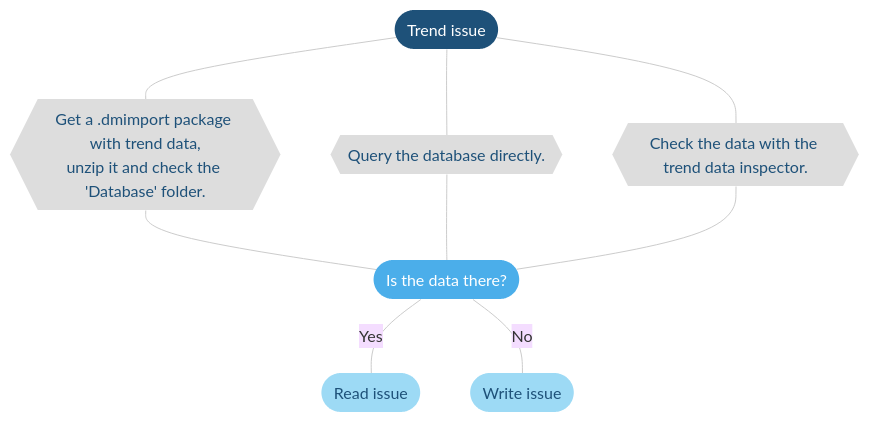
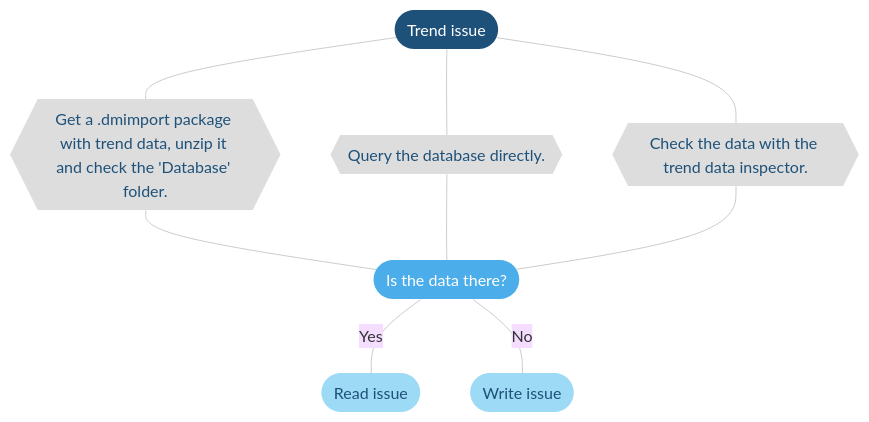
The first of 3 diagrams in user-guide/Troubleshooting/Troubleshooting_Flowcharts/Troubleshooting_Trending.md (SkylineCommunications/dataminer-docs), drawn with Mermaid (base theme) before and after one commit. The commit also changed other lines of this file and 8 other files, not shown here.

````diff
--- a/user-guide/Troubleshooting/Troubleshooting_Flowcharts/Troubleshooting_Trending.md
+++ b/user-guide/Troubleshooting/Troubleshooting_Flowcharts/Troubleshooting_Trending.md
@@ -17,40 +17,40 @@
 ```mermaid
 flowchart TD
 %% Define styles %%
 linkStyle default stroke:#cccccc
 classDef classTerminal fill:#1e5179,stroke:#1e5179,color:#ffffff,stroke-width:0px;
 classDef classDecision fill:#4baeea,stroke:#4baeea,color:#ffffff,stroke-width:0px;
 classDef classExternalRef fill:#9ddaf5,stroke:#9ddaf5,color:#1E5179,stroke-width:0px;
 classDef classActionClickable fill:#999999,stroke:#999999,color:#ffffff,stroke-width:0px;
 classDef classAction fill:#dddddd,stroke:#dddddd,color:#1E5179,stroke-width:0px;
 classDef classSolution fill:#58595b,stroke:#58595b,color:#ffffff,stroke-width:0px;
 %% Define blocks %%
 START([Trend issue])
-GetDELT{{Get a .dmimport package with trend data,\nunzip it and check the 'Database' folder.}}
+GetDELT{{Get a .dmimport package with trend data, unzip it and check the 'Database' folder.}}
 TrendDataInspector{{"Check the data with the trend data inspector."}}
 QueryDatabase{{Query the database directly.}}
 DataPresent([Is the data there?])
 ReadIssue([Read issue])
 WriteIssue([Write issue])
 %% Connect blocks %%
 START --- GetDELT
 START --- TrendDataInspector
 START --- QueryDatabase
 GetDELT --- DataPresent
 QueryDatabase --- DataPresent
 TrendDataInspector --- DataPresent
 DataPresent --- |Yes|ReadIssue
 DataPresent --- |No|WriteIssue
 %% Define hyperlinks %%
 click TrendDataInspector "/user-guide/Reference/DataMiner_Tools/SLNetClientTest_tool/SLNetClientTest_tool_diagnostic_procedures/SLNetClientTest_trend_data_inspector.html"
 click ReadIssue "#read-issue" "Trending"
 click WriteIssue "#write-issue" "Trending"
 %% Apply styles to blocks %%
 class START classTerminal;
 class AlarmConsole,Surveyor,Apps,Trending classExternalRef;
 %%class classActionClickable;
 class GetDELT,TrendDataInspector,QueryDatabase,FollowCTT,ReadIssueChecks,ClientExport,WriteIssueActionLogging,WriteIssueActionDBXML,WriteIssueActionTrendTemplate,WriteIssueActionParameter classAction;
 class DataPresent classDecision;
 class NotFixed classSolution;
 class ReadIssue,WriteIssue classExternalRef;
 ```
````
